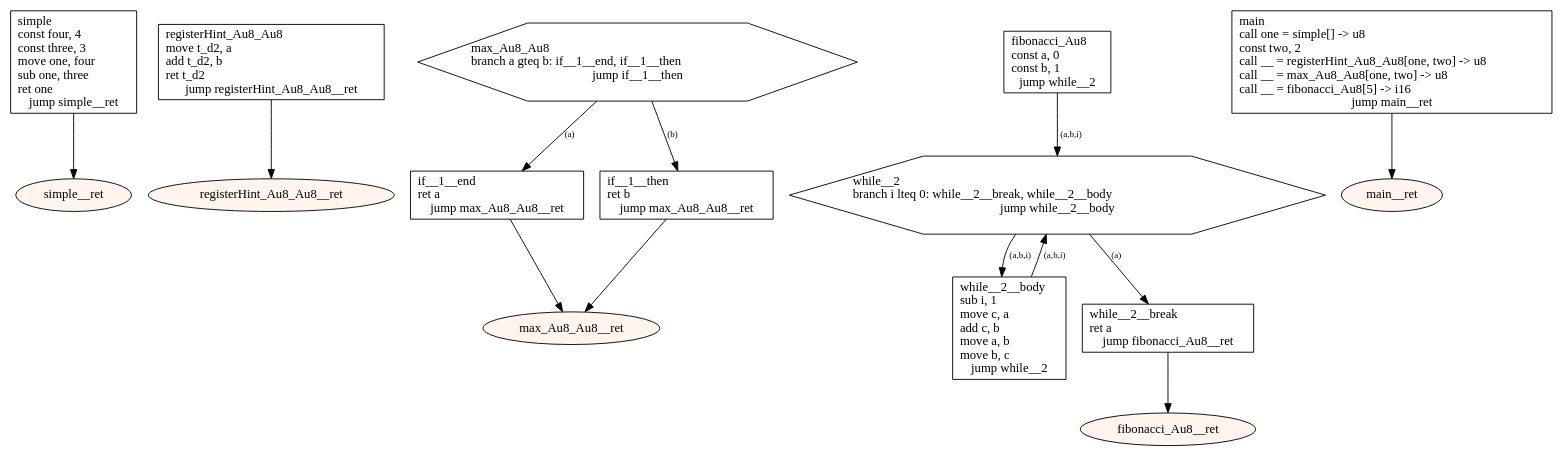
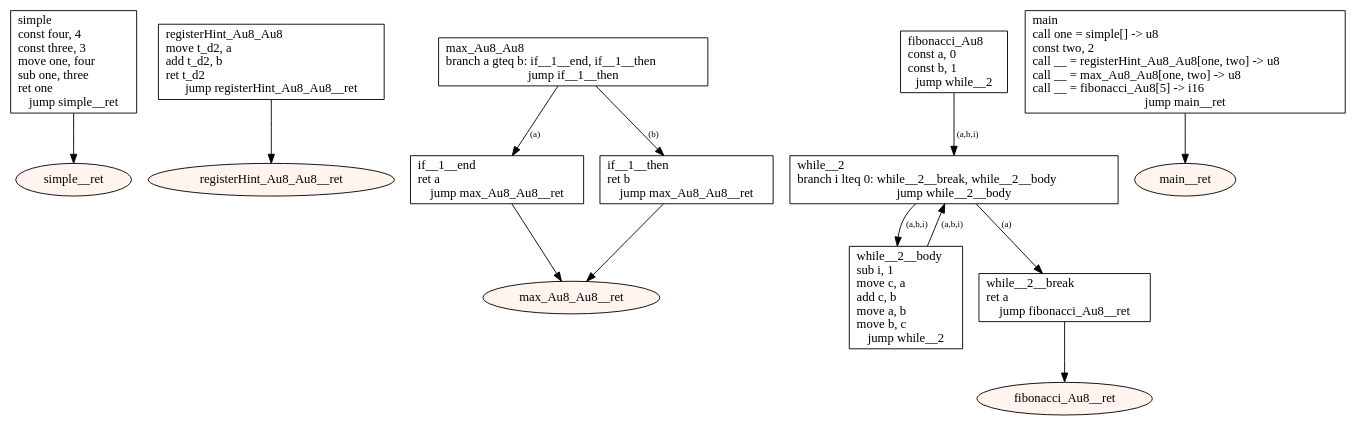
The diagram in src/main/resources-test/compiler/windows/regalloc.dot (tmssngr/tinyC), drawn with Graphviz before and after one commit. The commit also changed 21 other files, not shown here.

```diff
--- a/src/main/resources-test/compiler/windows/regalloc.dot
+++ b/src/main/resources-test/compiler/windows/regalloc.dot
@@ -1,40 +1,40 @@
 digraph program {
 	edge[fontsize="10pt"];
 	subgraph fn_simple {
 		BasicBlock_0_simple [label="simple\lconst four, 4\lconst three, 3\lmove one, four\lsub one, three\lret one\ljump simple__ret",shape=box];
 		BasicBlock_0_simple -> BasicBlock_0_simple__ret;
 		BasicBlock_0_simple__ret [label="simple__ret",shape=oval,style=filled,fillcolor="#fff5ee"];
 	}
 	subgraph fn_registerHint_Au8_Au8 {
 		BasicBlock_1_registerHint_Au8_Au8 [label="registerHint_Au8_Au8\lmove t_d2, a\ladd t_d2, b\lret t_d2\ljump registerHint_Au8_Au8__ret",shape=box];
 		BasicBlock_1_registerHint_Au8_Au8 -> BasicBlock_1_registerHint_Au8_Au8__ret;
 		BasicBlock_1_registerHint_Au8_Au8__ret [label="registerHint_Au8_Au8__ret",shape=oval,style=filled,fillcolor="#fff5ee"];
 	}
 	subgraph fn_max_Au8_Au8 {
-		BasicBlock_2_max_Au8_Au8 [label="max_Au8_Au8\lbranch a gteq b: if__1__end, if__1__then\ljump if__1__then",shape=hexagon];
+		BasicBlock_2_max_Au8_Au8 [label="max_Au8_Au8\lbranch a gteq b: if__1__end, if__1__then\ljump if__1__then",shape=box];
 		BasicBlock_2_max_Au8_Au8 -> BasicBlock_2_if__1__end [label="(a)"];
 		BasicBlock_2_max_Au8_Au8 -> BasicBlock_2_if__1__then [label="(b)"];
 		BasicBlock_2_if__1__end [label="if__1__end\lret a\ljump max_Au8_Au8__ret",shape=box];
 		BasicBlock_2_if__1__end -> BasicBlock_2_max_Au8_Au8__ret;
 		BasicBlock_2_if__1__then [label="if__1__then\lret b\ljump max_Au8_Au8__ret",shape=box];
 		BasicBlock_2_if__1__then -> BasicBlock_2_max_Au8_Au8__ret;
 		BasicBlock_2_max_Au8_Au8__ret [label="max_Au8_Au8__ret",shape=oval,style=filled,fillcolor="#fff5ee"];
 	}
 	subgraph fn_fibonacci_Au8 {
 		BasicBlock_3_fibonacci_Au8 [label="fibonacci_Au8\lconst a, 0\lconst b, 1\ljump while__2",shape=box];
 		BasicBlock_3_fibonacci_Au8 -> BasicBlock_3_while__2 [label="(a,b,i)"];
 		BasicBlock_3_while__2__body [label="while__2__body\lsub i, 1\lmove c, a\ladd c, b\lmove a, b\lmove b, c\ljump while__2",shape=box];
 		BasicBlock_3_while__2__body -> BasicBlock_3_while__2 [label="(a,b,i)"];
-		BasicBlock_3_while__2 [label="while__2\lbranch i lteq 0: while__2__break, while__2__body\ljump while__2__body",shape=hexagon];
+		BasicBlock_3_while__2 [label="while__2\lbranch i lteq 0: while__2__break, while__2__body\ljump while__2__body",shape=box];
 		BasicBlock_3_while__2 -> BasicBlock_3_while__2__break [label="(a)"];
 		BasicBlock_3_while__2 -> BasicBlock_3_while__2__body [label="(a,b,i)"];
 		BasicBlock_3_while__2__break [label="while__2__break\lret a\ljump fibonacci_Au8__ret",shape=box];
 		BasicBlock_3_while__2__break -> BasicBlock_3_fibonacci_Au8__ret;
 		BasicBlock_3_fibonacci_Au8__ret [label="fibonacci_Au8__ret",shape=oval,style=filled,fillcolor="#fff5ee"];
 	}
 	subgraph fn_main {
 		BasicBlock_4_main [label="main\lcall one = simple[] -> u8\lconst two, 2\lcall __ = registerHint_Au8_Au8[one, two] -> u8\lcall __ = max_Au8_Au8[one, two] -> u8\lcall __ = fibonacci_Au8[5] -> i16\ljump main__ret",shape=box];
 		BasicBlock_4_main -> BasicBlock_4_main__ret;
 		BasicBlock_4_main__ret [label="main__ret",shape=oval,style=filled,fillcolor="#fff5ee"];
 	}
 }
```
